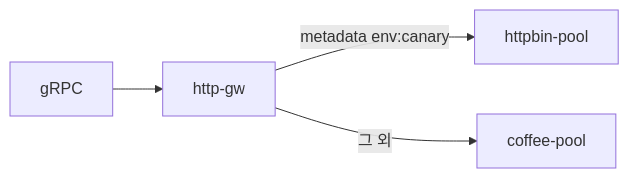
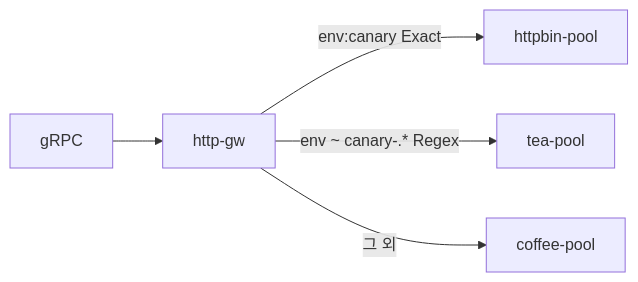
Before and after one commit to mink0119/2609_f5bnk: the diagram in Advanced_Feature/3.11_GRPCRoute_Header/README.md, drawn with Mermaid. The commit also changed other lines of this file and 138 other files, not shown here.

````diff
--- a/Advanced_Feature/3.11_GRPCRoute_Header/README.md
+++ b/Advanced_Feature/3.11_GRPCRoute_Header/README.md
@@ -5,6 +5,7 @@
 ```mermaid
 flowchart LR
   C[gRPC] --> GW[http-gw]
-  GW -->|metadata env:canary| P3[httpbin-pool]
+  GW -->|env:canary Exact| P3[httpbin-pool]
+  GW -->|"env ~ canary-.* Regex"| P2[tea-pool]
   GW -->|그 외| P1[coffee-pool]
 ```
````
